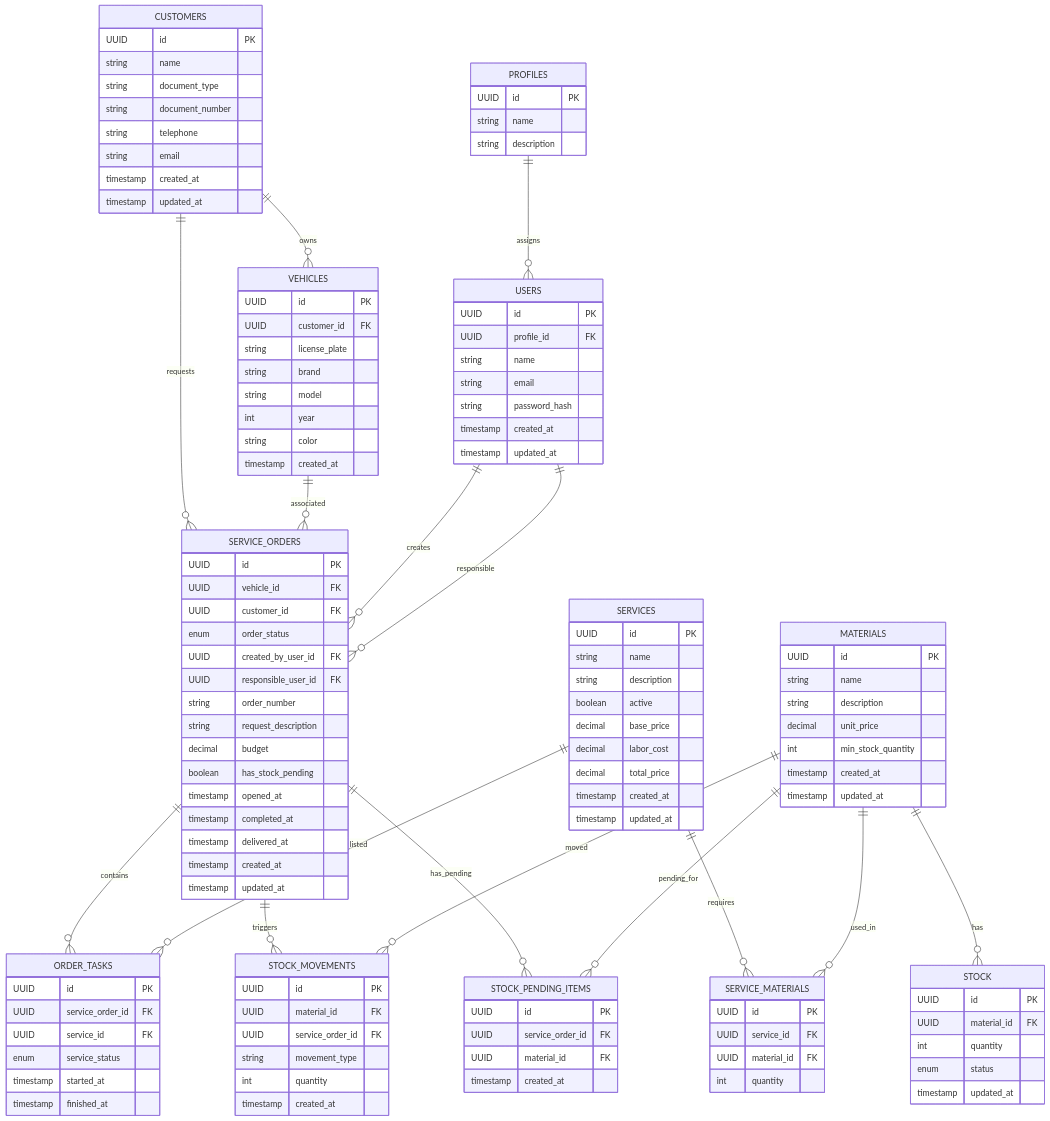
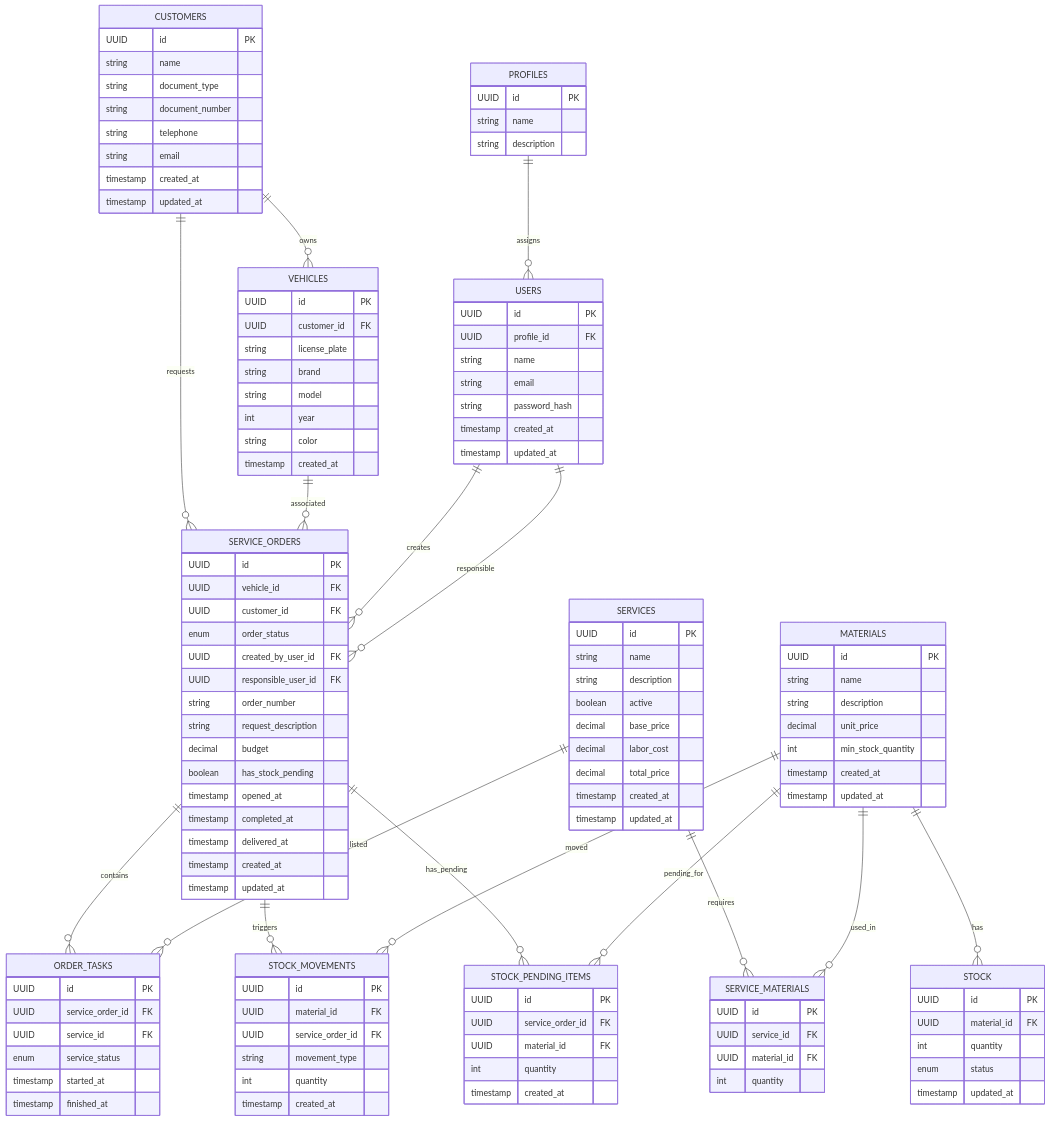
The diagram in src/docs/spec/mechanical-hub-data-model.md (Yngredh/mechanical-hub), drawn with Mermaid before and after one commit. The commit also changed other lines of this file and 12 other files, not shown here.

````diff
--- a/src/docs/spec/mechanical-hub-data-model.md
+++ b/src/docs/spec/mechanical-hub-data-model.md
@@ -135,6 +135,7 @@
         UUID id PK
         UUID service_order_id FK
         UUID material_id FK
+        int quantity
         timestamp created_at
     }
 ```
````
